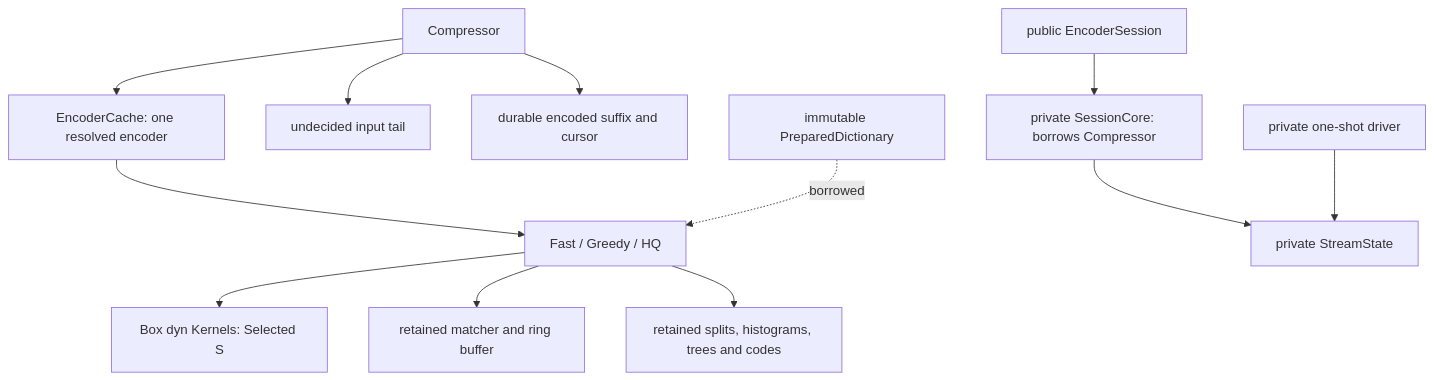
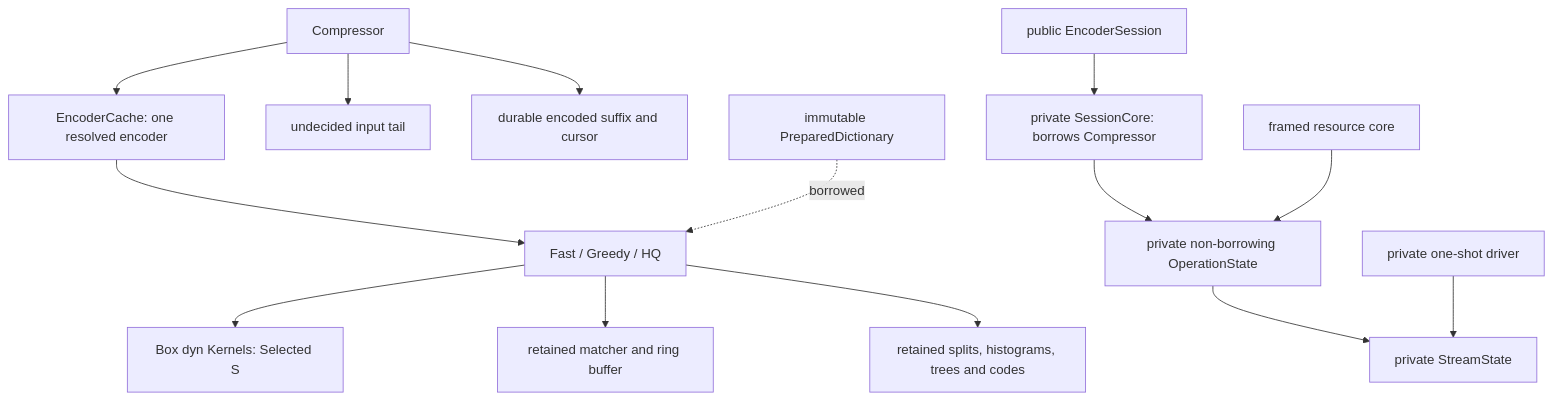
The second of 9 diagrams in architecture/encoder-workspace.md (Mnwa/mbrotli), drawn with Mermaid before and after one commit. The commit also changed other lines of this file and 59 other files, not shown here.

````diff
--- a/architecture/encoder-workspace.md
+++ b/architecture/encoder-workspace.md
@@ -35,14 +35,16 @@
 ```mermaid
 graph TD
     C[Compressor] --> Cache[EncoderCache: one resolved encoder]
     C --> Staging[undecided input tail]
     C --> Pending[durable encoded suffix and cursor]
     Cache --> Family[Fast / Greedy / HQ]
     Family --> Kernel[Box dyn Kernels: Selected S]
     Family --> Search[retained matcher and ring buffer]
     Family --> Entropy[retained splits, histograms, trees and codes]
     Session[public EncoderSession] --> Owner[private SessionCore: borrows Compressor]
-    Owner --> State[private StreamState]
+    Owner --> Operation[private non-borrowing OperationState]
+    Operation --> State[private StreamState]
+    Framed[framed resource core] --> Operation
     OneShot[private one-shot driver] --> State
     Dictionary[immutable PreparedDictionary] -. borrowed .-> Family
 ```
````
